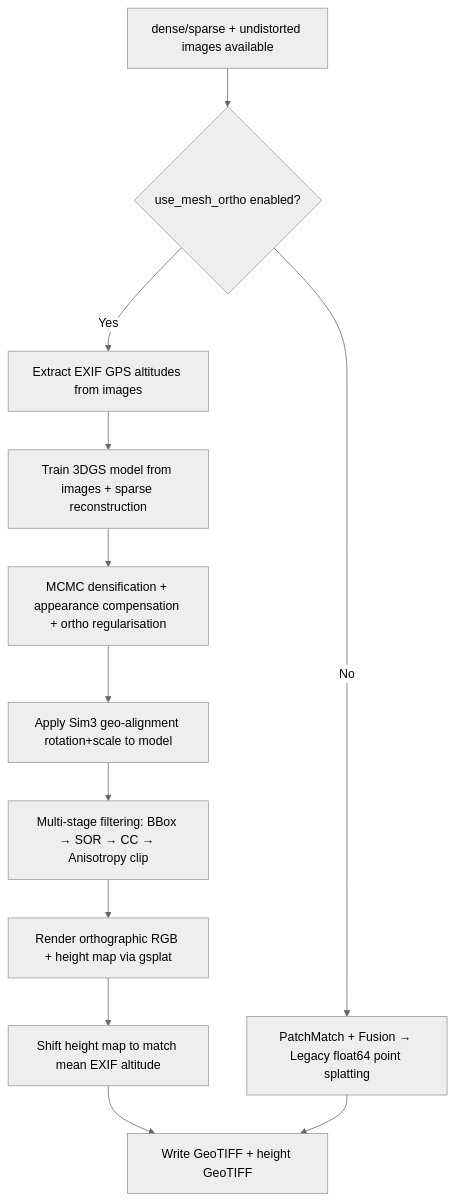
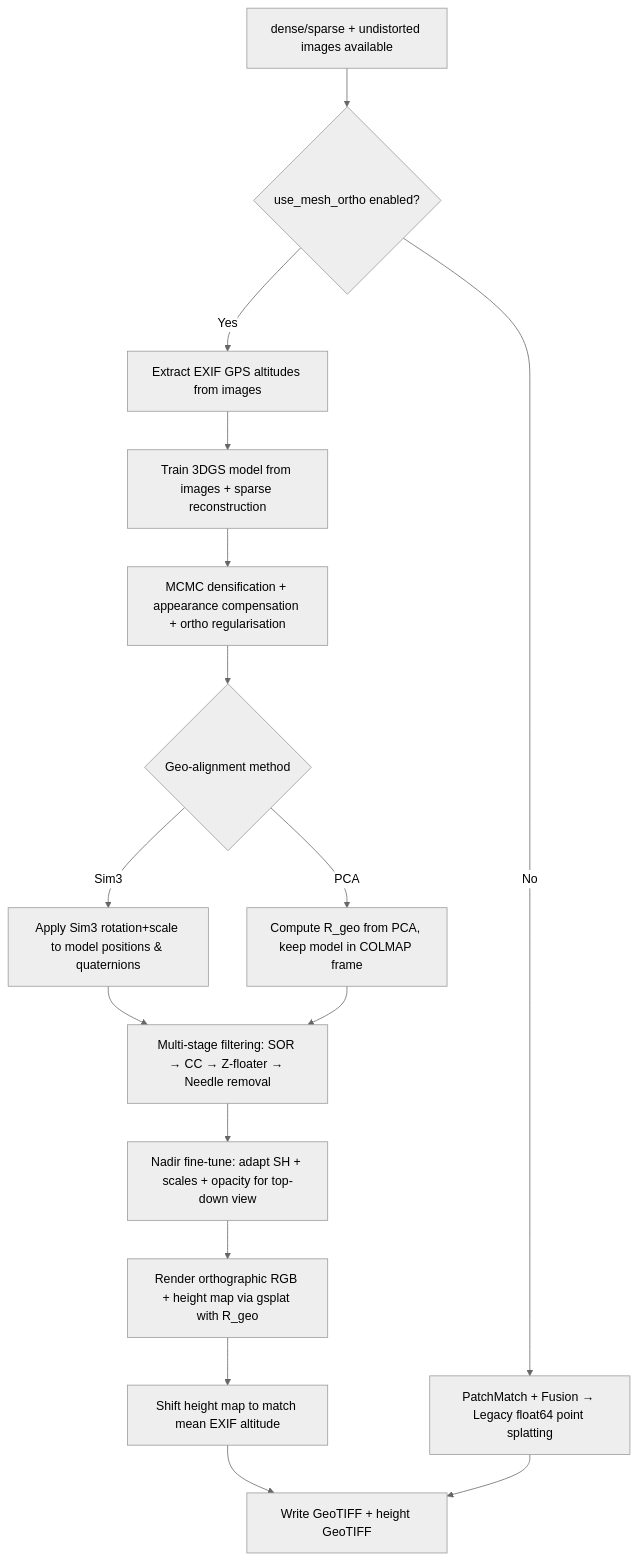
Before and after one commit to olivelb/DroneAI: the fourth of 7 diagrams in DOCUMENTATION.md, drawn with Mermaid (neutral theme). The commit also changed other lines of this file and 11 other files, not shown here.

First line of the commit message:
feat(gaussian-ortho): configurable filters, nadir fine-tune, R_geo coordinate path

````diff
--- a/DOCUMENTATION.md
+++ b/DOCUMENTATION.md
@@ -901,14 +930,18 @@
 ```mermaid
 flowchart TD
   A[dense/sparse + undistorted images available] --> B{use_mesh_ortho enabled?}
   B -->|Yes| C0[Extract EXIF GPS altitudes from images]
   C0 --> C[Train 3DGS model from images + sparse reconstruction]
   C --> C1[MCMC densification + appearance compensation + ortho regularisation]
-  C1 --> C2[Apply Sim3 geo-alignment rotation+scale to model]
-  C2 --> D[Multi-stage filtering: BBox → SOR → CC → Anisotropy clip]
-  D --> E[Render orthographic RGB + height map via gsplat]
+  C1 --> C2{Geo-alignment method}
+  C2 -->|Sim3| D1[Apply Sim3 rotation+scale to model positions & quaternions]
+  C2 -->|PCA| D2[Compute R_geo from PCA, keep model in COLMAP frame]
+  D1 --> D[Multi-stage filtering: SOR → CC → Z-floater → Needle removal]
+  D2 --> D
+  D --> FT[Nadir fine-tune: adapt SH + scales + opacity for top-down view]
+  FT --> E[Render orthographic RGB + height map via gsplat with R_geo]
   E --> E1[Shift height map to match mean EXIF altitude]
   E1 --> H[Write GeoTIFF + height GeoTIFF]
   B -->|No| I[PatchMatch + Fusion → Legacy float64 point splatting]
   I --> H
 ```
````
